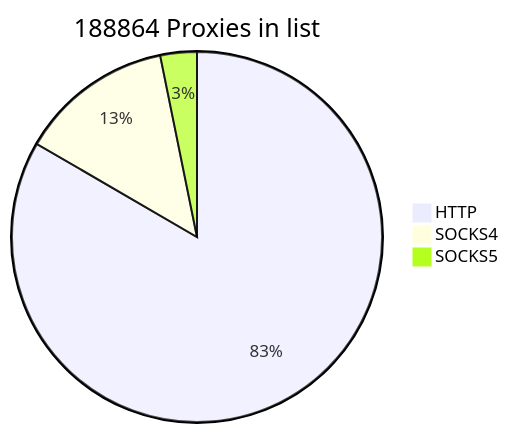
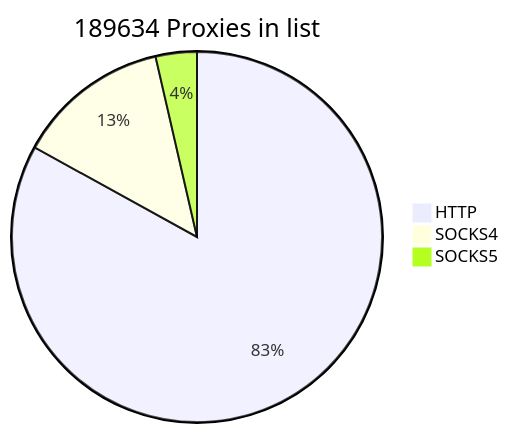
One commit to cutipu/proxylist changed the first of 2 diagrams in README.md. Above: the diagram before and after it, drawn with Mermaid. The commit also changed other lines of this file, not shown here.

````diff
--- a/README.md
+++ b/README.md
@@ -2,7 +2,7 @@
 ```mermaid
-pie title 188864 Proxies in list
-    "HTTP" : 157470
+pie title 189634 Proxies in list
+    "HTTP" : 157440
     "SOCKS4" : 25375
-    "SOCKS5" : 6019
+    "SOCKS5" : 6819
             
 ```
````
